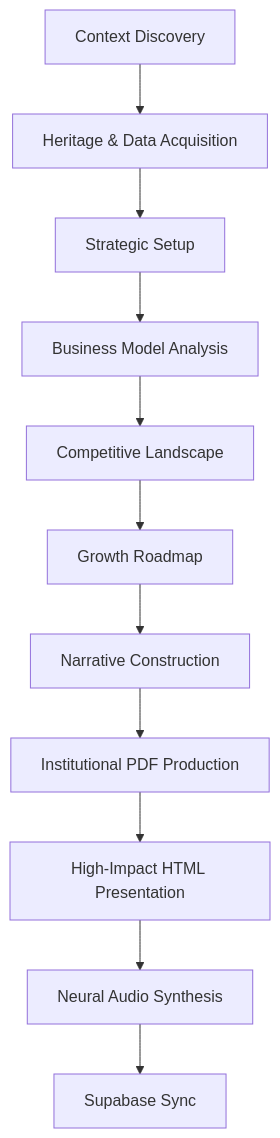
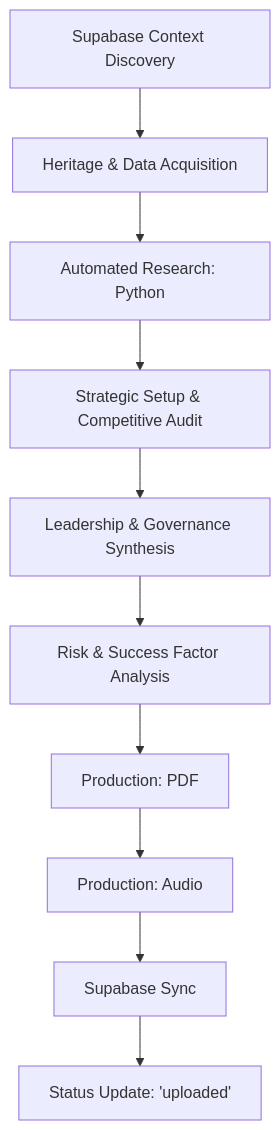
The diagram in SKILL.md (ressasle/kasona-presentation), drawn with Mermaid before and after one commit. The commit also changed other lines of this file and 35 other files, not shown here.

````diff
--- a/SKILL.md
+++ b/SKILL.md
@@ -31,13 +67,11 @@
 ```mermaid
 graph TD
-    S0[Context Discovery] --> S1[Heritage & Data Acquisition]
-    S1 --> S2[Strategic Setup]
-    S2 --> S3[Business Model Analysis]
-    S3 --> S4[Competitive Landscape]
-    S4 --> S5[Growth Roadmap]
-    S5 --> S6[Narrative Construction]
-    S6 --> S7[Institutional PDF Production]
-    S7 --> S8[High-Impact HTML Presentation]
-    S8 --> S9[Neural Audio Synthesis]
-    S9 --> S10[Supabase Sync]
+    S0[Supabase Context Discovery] --> S1[Heritage & Data Acquisition]
+    S1 --> S1_1[Automated Research: Python]
+    S1_1 --> S2[Strategic Setup & Competitive Audit]
+    S2 --> S3[Leadership & Governance Synthesis]
+    S3 --> S4[Risk & Success Factor Analysis] --> S5[Production: PDF]
+    S5 --> S6[Production: Audio]
+    S6 --> S7[Supabase Sync]
+    S7 --> S8[Status Update: 'uploaded']
 ```
````
